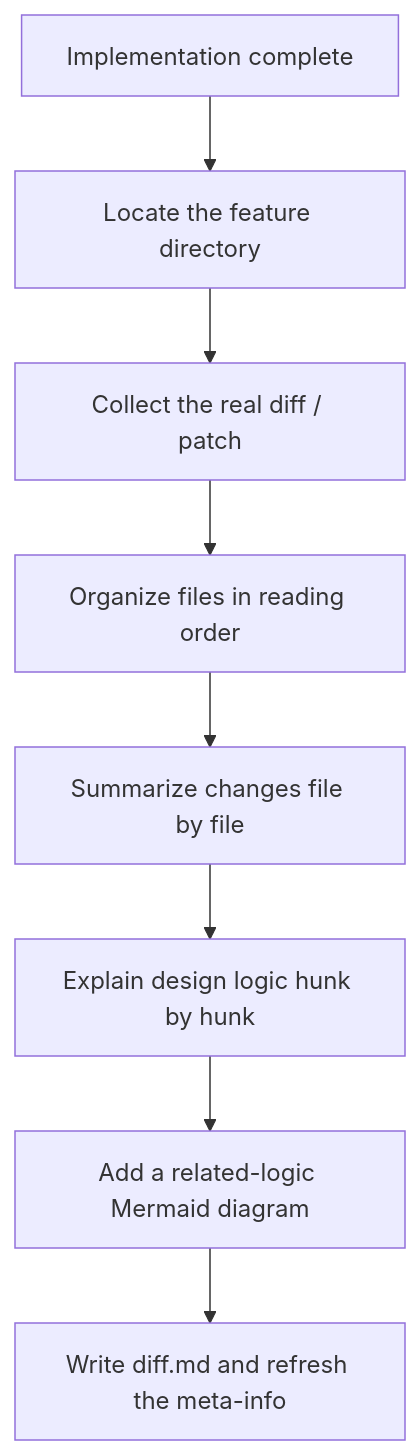
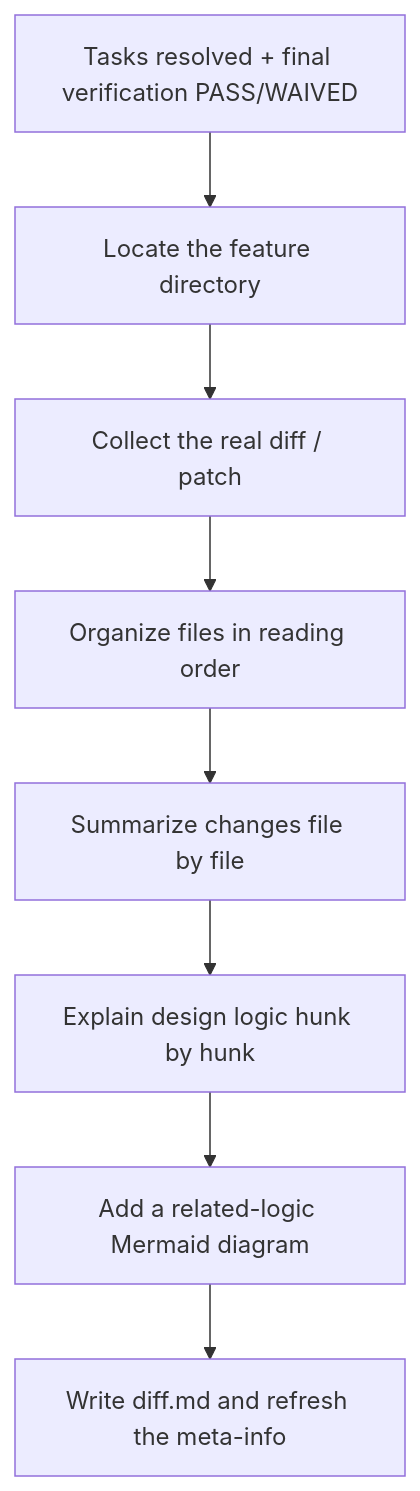
Before and after one commit to Alenkz12/FiboSkills: the diagram in fibo-recording-diff/SKILL.md, drawn with Mermaid. The commit also changed other lines of this file and 96 other files, not shown here.

````diff
--- a/fibo-recording-diff/SKILL.md
+++ b/fibo-recording-diff/SKILL.md
@@ -15,10 +15,10 @@
 ```mermaid
 flowchart TD
-  done_001["Implementation complete"] --> locate_002["Locate the feature directory"]
+  done_001["Tasks resolved + final verification PASS/WAIVED"] --> locate_002["Locate the feature directory"]
   locate_002 --> collect_003["Collect the real diff / patch"]
   collect_003 --> order_004["Organize files in reading order"]
   order_004 --> summarize_005["Summarize changes file by file"]
   summarize_005 --> explain_006["Explain design logic hunk by hunk"]
   explain_006 --> graph_007["Add a related-logic Mermaid diagram"]
   graph_007 --> write_008["Write diff.md and refresh the meta-info"]
 ```
````
